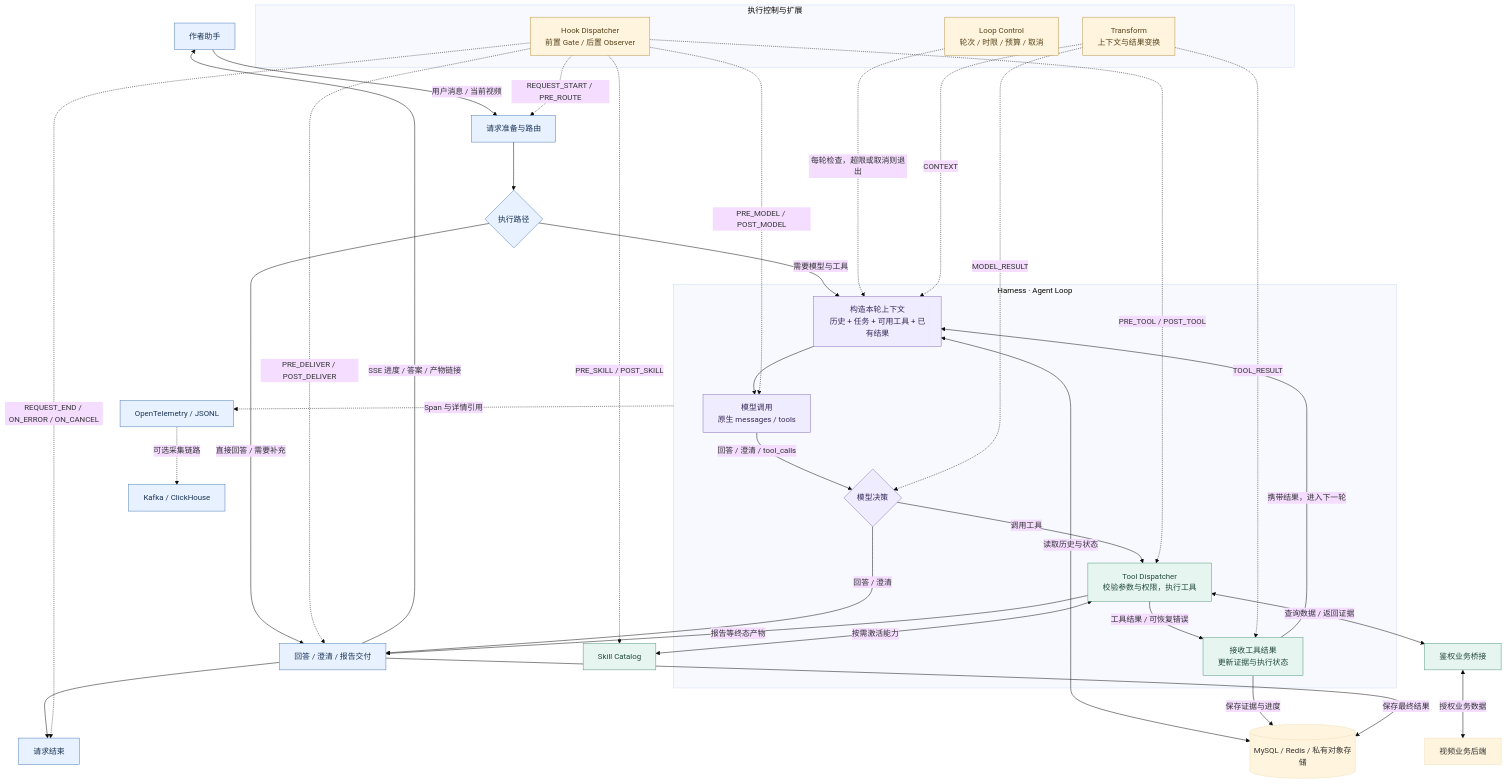
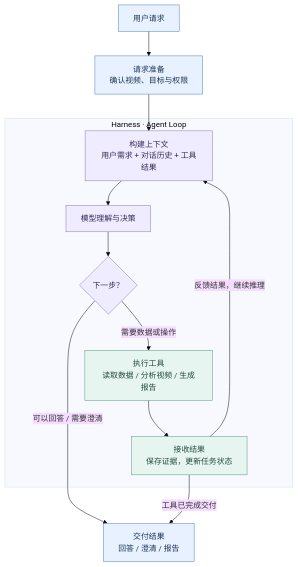
Before and after one commit to blackirlsama/Tianmu: the second of 2 diagrams in README.md, drawn with Mermaid (base theme). The commit also changed other lines of this file, not shown here.

Commit message:
docs: simplify agent architecture around its execution loop

````diff
--- a/README.md
+++ b/README.md
@@ -112,62 +112,29 @@
 ```mermaid
 flowchart TB
-    Web["作者助手"] -->|用户消息 / 当前视频| Entry["请求准备与路由"]
-    Entry --> Route{"执行路径"}
-    Route -->|直接回答 / 需要补充| Delivery["回答 / 澄清 / 报告交付"]
-    Route -->|需要模型与工具| Context
+    Request["用户请求"] --> Prepare["请求准备<br/>确认视频、目标与权限"]
+    Prepare --> Context
 
     subgraph Loop["Harness · Agent Loop"]
-        Context["构造本轮上下文<br/>历史 + 任务 + 可用工具 + 已有结果"]
-        Model["模型调用<br/>原生 messages / tools"]
-        Decision{"模型决策"}
-        Tools["Tool Dispatcher<br/>校验参数与权限，执行工具"]
-        Observation["接收工具结果<br/>更新证据与执行状态"]
+        Context["构建上下文<br/>用户需求 + 对话历史 + 工具结果"]
+        Model["模型理解与决策"]
+        Decision{"下一步？"}
+        Tools["执行工具<br/>读取数据 / 分析视频 / 生成报告"]
+        Observation["接收结果<br/>保存证据，更新任务状态"]
 
         Context --> Model
-        Model -->|回答 / 澄清 / tool_calls| Decision
-        Decision -->|调用工具| Tools
-        Tools -->|工具结果 / 可恢复错误| Observation
-        Observation -->|携带结果，进入下一轮| Context
+        Model --> Decision
+        Decision -->|需要数据或操作| Tools
+        Tools --> Observation
+        Observation -->|反馈结果，继续推理| Context
     end
 
-    Decision -->|回答 / 澄清| Delivery
-    Tools -->|报告等终态产物| Delivery
-    Delivery -->|SSE 进度 / 答案 / 产物链接| Web
-    Delivery --> End["请求结束"]
-
-    Tools <-->|按需激活能力| Skills["Skill Catalog"]
-    Tools <-->|查询数据 / 返回证据| Bridge["鉴权业务桥接"]
-    Bridge <-->|授权业务数据| Backend["视频业务后端"]
-    Context <-->|读取历史与状态| Store[("MySQL / Redis / 私有对象存储")]
-    Observation -->|保存证据与进度| Store
-    Delivery -->|保存最终结果| Store
-
-    subgraph Extensions["执行控制与扩展"]
-        Control["Loop Control<br/>轮次 / 时限 / 预算 / 取消"]
-        Hooks["Hook Dispatcher<br/>前置 Gate / 后置 Observer"]
-        Transform["Transform<br/>上下文与结果变换"]
-    end
-
-    Control -. 每轮检查，超限或取消则退出 .-> Context
-    Hooks -. REQUEST_START / PRE_ROUTE .-> Entry
-    Hooks -. PRE_MODEL / POST_MODEL .-> Model
-    Hooks -. PRE_TOOL / POST_TOOL .-> Tools
-    Hooks -. PRE_SKILL / POST_SKILL .-> Skills
-    Hooks -. PRE_DELIVER / POST_DELIVER .-> Delivery
-    Hooks -. REQUEST_END / ON_ERROR / ON_CANCEL .-> End
-    Transform -. CONTEXT .-> Context
-    Transform -. MODEL_RESULT .-> Decision
-    Transform -. TOOL_RESULT .-> Observation
-
-    Loop -. Span 与详情引用 .-> Trace["OpenTelemetry / JSONL"]
-    Trace -. 可选采集链路 .-> Lake["Kafka / ClickHouse"]
+    Decision -->|可以回答 / 需要澄清| Delivery["交付结果<br/>回答 / 澄清 / 报告"]
+    Observation -->|工具已完成交付| Delivery
 
     classDef core fill:#f0ecff,stroke:#8971bc,color:#382b59
     classDef tool fill:#e6f5ef,stroke:#55977d,color:#234b3d
-    classDef extension fill:#fff4de,stroke:#b99340,color:#58451d
     classDef result fill:#e8f1ff,stroke:#4f7db8,color:#1c3555
     class Context,Model,Decision core
-    class Tools,Observation,Skills,Bridge tool
-    class Control,Hooks,Transform extension
-    class Web,Entry,Route,Delivery,End,Trace,Lake result
+    class Tools,Observation tool
+    class Request,Prepare,Delivery result
 ```
````
